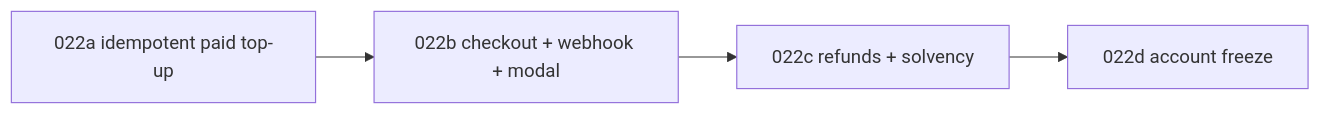
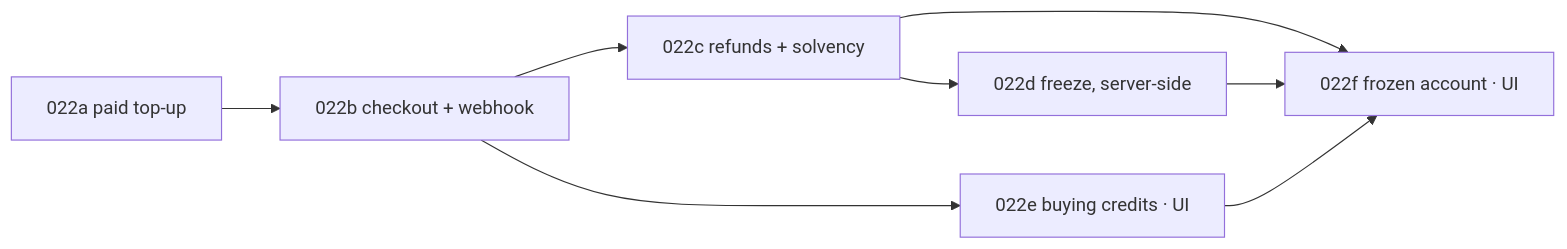
The fifth of 5 diagrams in specs/022-money-comes-in-without-an-admin.md (latere-ai/replichai), drawn with Mermaid before and after one commit. The commit also changed other lines of this file and 7 other files, not shown here.

````diff
--- a/specs/022-money-comes-in-without-an-admin.md
+++ b/specs/022-money-comes-in-without-an-admin.md
@@ -300,6 +302,10 @@
 ```mermaid
 graph LR
-  A[022a idempotent paid top-up] --> B[022b checkout + webhook + modal]
+  A[022a paid top-up] --> B[022b checkout + webhook]
   B --> C[022c refunds + solvency]
-  C --> D[022d account freeze]
+  C --> D[022d freeze, server-side]
+  B --> E[022e buying credits · UI]
+  C --> F[022f frozen account · UI]
+  D --> F
+  E --> F
 ```
````
